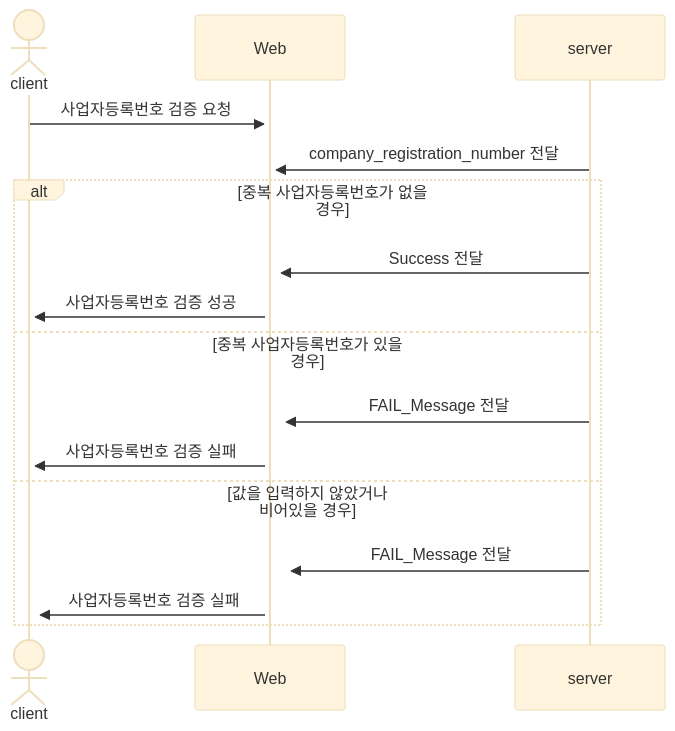
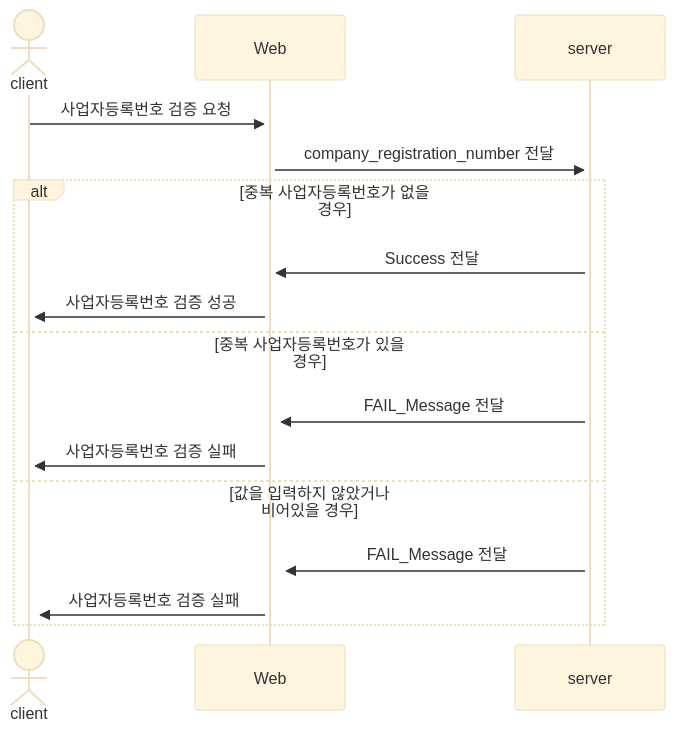
One commit to gustn1029/openMarket changed the fifth of 12 diagrams in README.md. Above: the diagram before and after it, drawn with Mermaid (base theme). The commit also changed other lines of this file, not shown here.

````diff
--- a/README.md
+++ b/README.md
@@ -109,18 +122,18 @@
 ```mermaid
     sequenceDiagram
     actor A as client
     participant B as Web
     participant C as server
     A->>+B: 사업자등록번호 검증 요청
-    C->>+B: company_registration_number 전달
+    B->>+C: company_registration_number 전달
     alt 중복 사업자등록번호가 없을 경우
-    C->>+B: Success 전달
-    B->>+A: 사업자등록번호 검증 성공
+        C->>+B: Success 전달
+        B->>+A: 사업자등록번호 검증 성공
     else 중복 사업자등록번호가 있을 경우
-    C->>+B: FAIL_Message 전달
-    B->>+A: 사업자등록번호 검증 실패
+        C->>+B: FAIL_Message 전달
+        B->>+A: 사업자등록번호 검증 실패
     else 값을 입력하지 않았거나 비어있을 경우
-    C->>+B: FAIL_Message 전달
-    B->>+A: 사업자등록번호 검증 실패
+        C->>+B: FAIL_Message 전달
+        B->>+A: 사업자등록번호 검증 실패
     end
 ```
````
